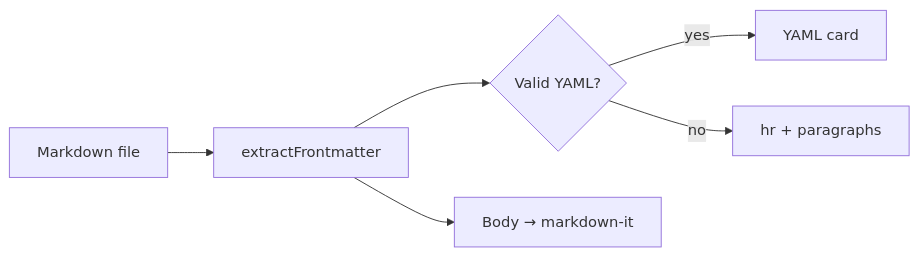
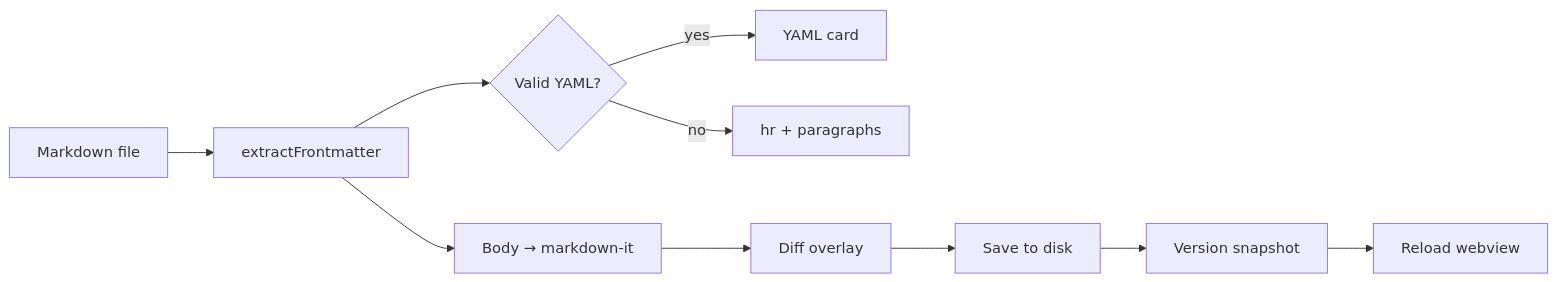
The diagram in samples/test.md (isnacho/sheetmark-markdown-xlsx-csv-tsv-editor), drawn with Mermaid before and after one commit. The commit also changed other lines of this file and 6 other files, not shown here.

````diff
--- a/samples/test.md
+++ b/samples/test.md
@@ -174,8 +224,12 @@
 ```mermaid
 flowchart LR
     A[Markdown file] --> B[extractFrontmatter]
     B --> C{Valid YAML?}
     C -->|yes| D[YAML card]
     C -->|no| E[hr + paragraphs]
     B --> F[Body → markdown-it]
+    F --> G[Diff overlay]
+    G --> H[Save to disk]
+    H --> I[Version snapshot]
+    I --> J[Reload webview]
 ```
````
